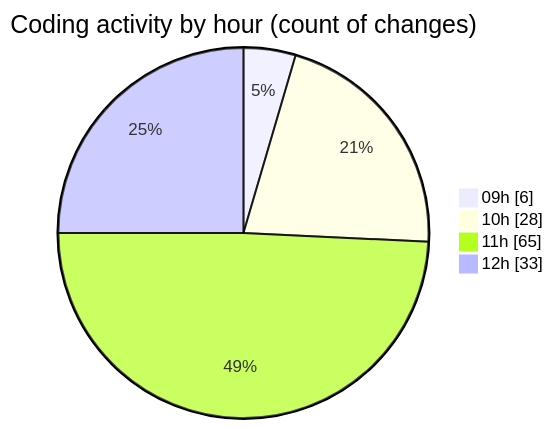
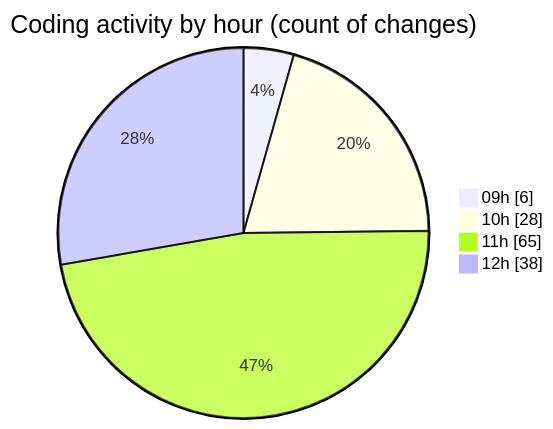
One commit to momahboobian/code-tracking changed the second of 2 diagrams in 2025-03-27/cda/README.md. Above: the diagram before and after it, drawn with Mermaid. The commit also changed other lines of this file and 1 other file, not shown here.

````diff
--- a/2025-03-27/cda/README.md
+++ b/2025-03-27/cda/README.md
@@ -30,8 +30,8 @@
 ```mermaid
 pie showData
 title Coding activity by hour (count of changes)
 "09h" : 6
 "10h" : 28
 "11h" : 65
-"12h" : 33
+"12h" : 38
 ```
````
